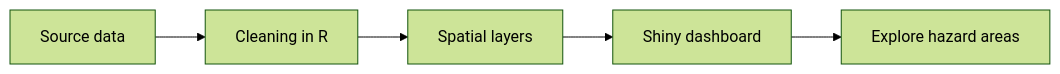
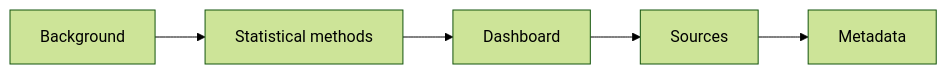
Before and after one commit to 2687229-arch/STAT3037A-DASHBOARD: the diagram in README.md, drawn with Mermaid (forest theme).

Commit message:
Flowchart

````diff
--- a/README.md
+++ b/README.md
@@ -62,4 +62,4 @@
 ```mermaid
 flowchart LR
-    A[Source data] --> B[Cleaning in R] --> C[Spatial layers] --> D[Shiny dashboard] --> E[Explore hazard areas]
+    A[Background] --> B[Statistical methods] --> C[Dashboard] --> D[Sources] --> E[Metadata]
 ```
````
